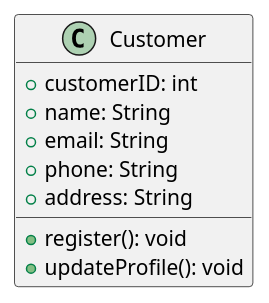
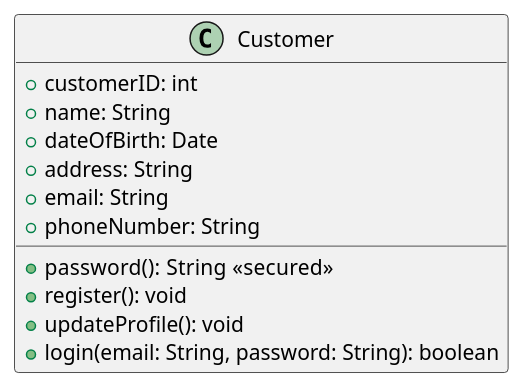
Before and after one commit to pratheeshsailor/Pratheesh-Amazon-Atlas-batch-2: the diagram in Project- Banking_Transaction_System_Pratheesh K/Day2_Design_UML/src/Customer.puml, drawn with PlantUML. The commit also changed 6 other files, not shown here.

```diff
--- a/Project- Banking_Transaction_System_Pratheesh K/Day2_Design_UML/src/Customer.puml
+++ b/Project- Banking_Transaction_System_Pratheesh K/Day2_Design_UML/src/Customer.puml
@@ -1,12 +1,15 @@
 @startuml
 class Customer {
     +customerID: int
     +name: String
+    +dateOfBirth: Date
+    +address: String
     +email: String
-    +phone: String
-    +address: String
+    +phoneNumber: String
+
+    +password(): String  <<secured>>
     +register(): void
     +updateProfile(): void
+    +login(email: String, password: String): boolean
 }
-
 @enduml
```
